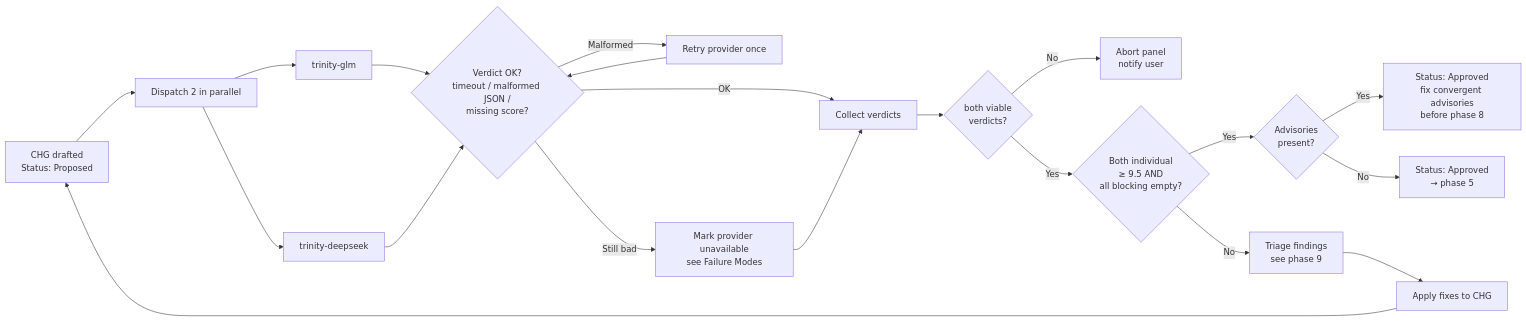
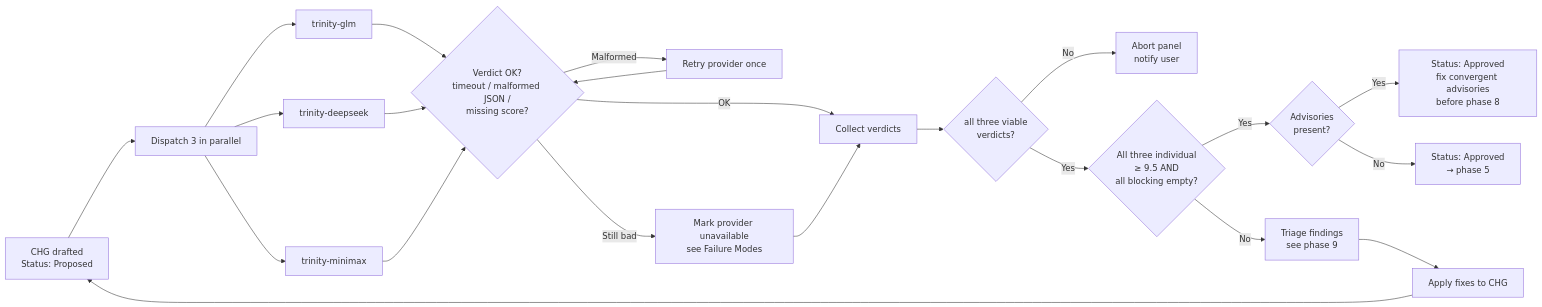
The third of 7 diagrams in rules/TRN-1008-SOP-Multi-Agent-Review-Loop.md (frankyxhl/trinity), drawn with Mermaid before and after one commit. The commit also changed other lines of this file and 4 other files, not shown here.

````diff
--- a/rules/TRN-1008-SOP-Multi-Agent-Review-Loop.md
+++ b/rules/TRN-1008-SOP-Multi-Agent-Review-Loop.md
@@ -435,22 +435,24 @@
 ```mermaid
 flowchart LR
-    A[CHG drafted<br/>Status: Proposed] --> B[Dispatch 2 in parallel]
+    A[CHG drafted<br/>Status: Proposed] --> B[Dispatch 3 in parallel]
     B --> G1[trinity-glm]
     B --> G2[trinity-deepseek]
+    B --> G3[trinity-minimax]
     G1 --> V1{Verdict OK?<br/>timeout / malformed JSON /<br/>missing score?}
     G2 --> V1
+    G3 --> V1
     V1 -- Malformed --> R1[Retry provider once]
     R1 --> V1
     V1 -- "Still bad" --> Drop[Mark provider unavailable<br/>see Failure Modes]
     V1 -- OK --> J[Collect verdicts]
     Drop --> J
-    J --> N1{both viable<br/>verdicts?}
+    J --> N1{all three viable<br/>verdicts?}
     N1 -- No --> Abort[Abort panel<br/>notify user]
-    N1 -- Yes --> K{"Both individual<br/>≥ 9.5 AND<br/>all blocking empty?"}
+    N1 -- Yes --> K{"All three individual<br/>≥ 9.5 AND<br/>all blocking empty?"}
     K -- Yes --> ADV{Advisories<br/>present?}
     ADV -- Yes --> L2[Status: Approved<br/>fix convergent advisories<br/>before phase 8]
     ADV -- No --> L[Status: Approved<br/>→ phase 5]
     K -- No --> M[Triage findings<br/>see phase 9]
     M --> NX[Apply fixes to CHG]
     NX --> A
 ```
````
